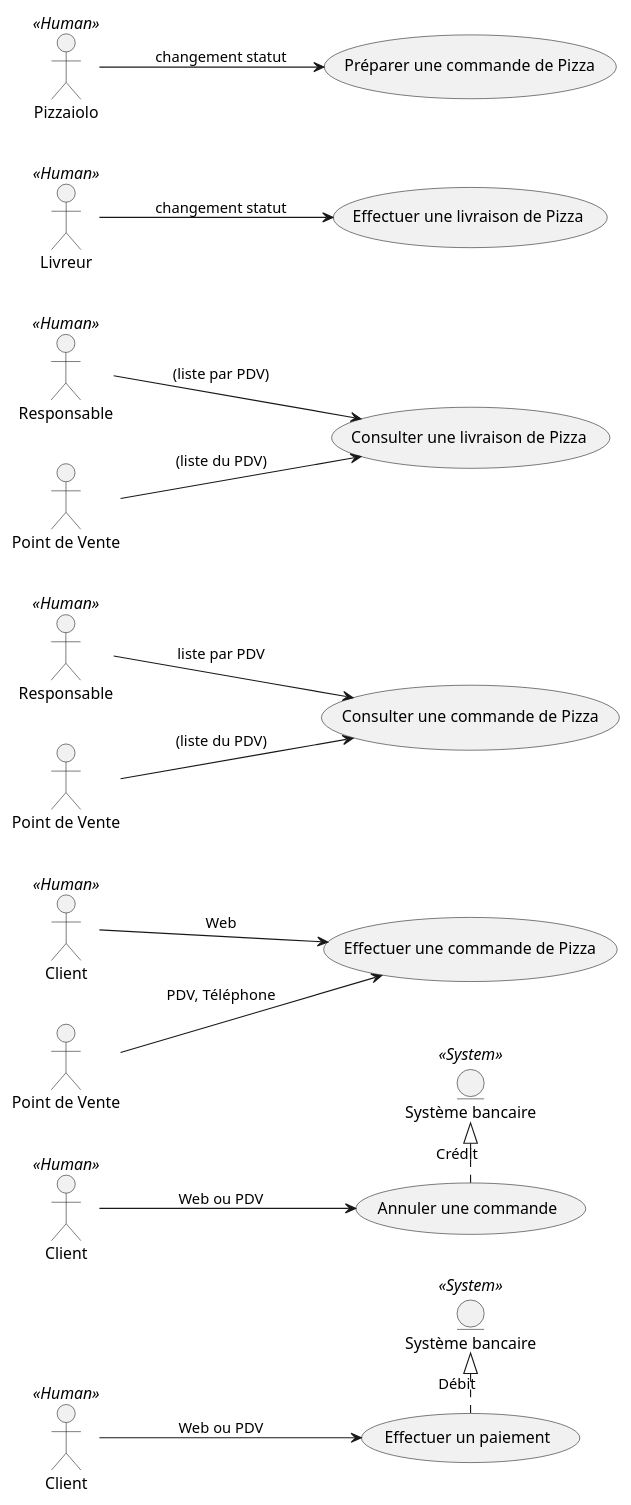
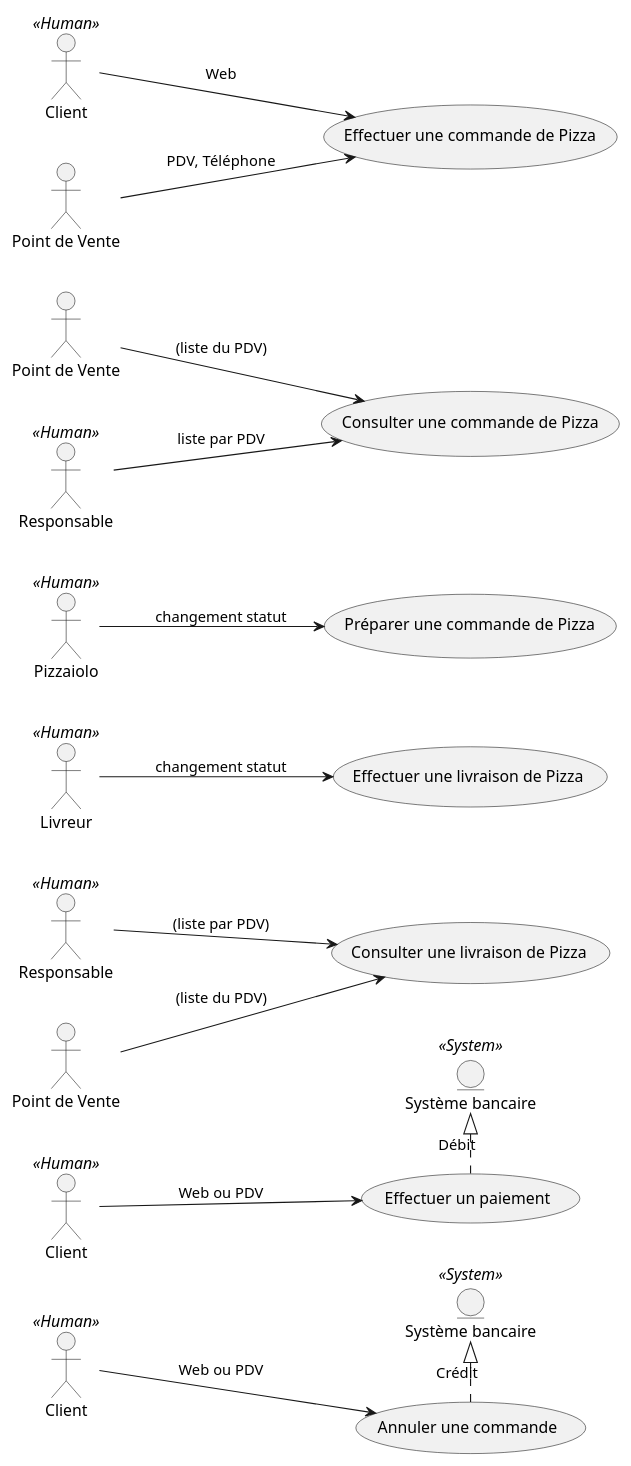
The diagram in uml/src/use-case-diagram-order.puml (rvallet/oc-pizza), drawn with PlantUML before and after one commit. The commit also changed 5 other files, not shown here.

Commit message:
ordering and cleaning diagrams

```diff
--- a/uml/src/use-case-diagram-order.puml
+++ b/uml/src/use-case-diagram-order.puml
@@ -1,53 +1,68 @@
 @startuml
-skinparam sequenceReferenceBorderColor blue
-skinparam sequenceReferenceBackgroundColor red
 /' Start UML Class '/
+
+/' Flow Direction '/
 left to right direction
 
+/' Actor and Entity '/
 actor Client << Human >> as C1
 actor Client << Human >> as C2
 actor Client << Human >> as C3
 actor Responsable << Human >> as R1
 actor Responsable << Human >> as R2
 entity "Système bancaire" << System >> as Bank1
 entity "Système bancaire" << System >> as Bank2
 actor Livreur << Human >>
 actor Pizzaiolo << Human >>
 actor "Point de Vente" as PDV1
 actor "Point de Vente" as PDV2
 actor "Point de Vente" as PDV3
+
+/' Ordering actor and entity '/
+C1 -[hidden] PDV1
+PDV1 -[hidden] PDV2
+PDV2 -[hidden] R1
+R1 -[hidden] Pizzaiolo
+Pizzaiolo -[hidden] Livreur
+Livreur -[hidden] R2
+R2 -[hidden] PDV3
+PDV3 -[hidden] C2
+C2 -[hidden] C3
+
+/' UseCase Relationship '/
 
 /' Effectuer une commande de Pizza '/
 (Effectuer une commande de Pizza) as (setOrder)
 C1 --> (setOrder) : Web
 PDV1 --> (setOrder) : PDV, Téléphone
 
 /' Consulter une commande de Pizza '/
 (Consulter une commande de Pizza) as (getOrder)
 PDV2 --> (getOrder) : (liste du PDV)
 R1 --> (getOrder) : liste par PDV
 
 /' Préparer une commande de Pizza '/
 (Préparer une commande de Pizza) as (setPrepare)
 Pizzaiolo --> (setPrepare) : changement statut
 
 /' Effectuer une livraison de Pizza '/
 (Effectuer une livraison de Pizza) as (setDelivery)
 Livreur --> (setDelivery) : changement statut
 
 /' Consulter une livraison de Pizza '/
 (Consulter une livraison de Pizza) as (getDelivery)
 R2 --> (getDelivery) : (liste par PDV)
 PDV3 --> (getDelivery) : (liste du PDV)
 
 /' Effectuer un paiement '/
 (Effectuer un paiement) as (setPayment)
 C2 --> (setPayment) : Web ou PDV
 Bank1 <|. (setPayment) : Débit
 
 /' Annuler une commande '/
 (Annuler une commande) as (delOrder)
 C3 --> (delOrder) : Web ou PDV
 Bank2 <|. (delOrder) : Crédit
 
+/' End UML Class '/
 @enduml
```
